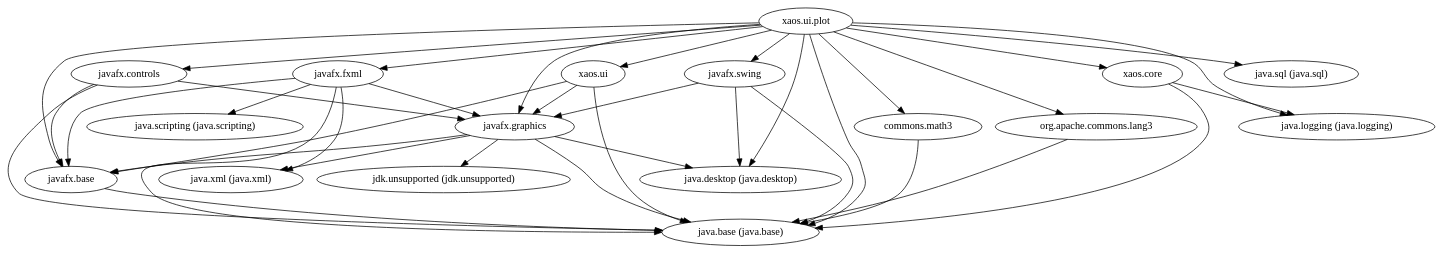
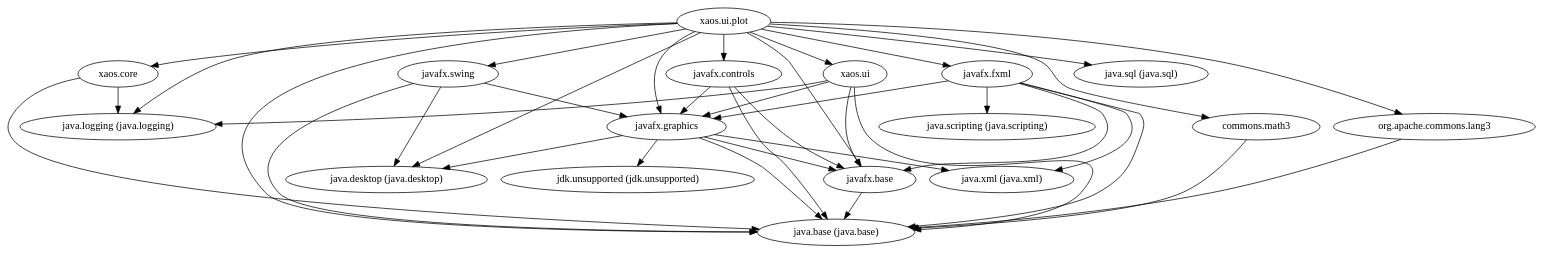
The diagram in xaos.ui.plot.module/doc/module-dependencies.dot (ESSICS/XAOS), drawn with Graphviz before and after one commit. The commit also changed 15 other files, not shown here.

```diff
--- a/xaos.ui.plot.module/doc/module-dependencies.dot
+++ b/xaos.ui.plot.module/doc/module-dependencies.dot
@@ -1,39 +1,40 @@
 digraph "summary" {
   "xaos.core"                                        -> "java.base (java.base)";
   "xaos.core"                                        -> "java.logging (java.logging)";
   "javafx.swing"                                     -> "java.base (java.base)";
   "javafx.swing"                                     -> "java.desktop (java.desktop)";
   "javafx.swing"                                     -> "javafx.graphics";
   "javafx.controls"                                  -> "java.base (java.base)";
   "javafx.controls"                                  -> "javafx.base";
   "javafx.controls"                                  -> "javafx.graphics";
   "xaos.ui"                                          -> "java.base (java.base)";
+  "xaos.ui"                                          -> "java.logging (java.logging)";
   "xaos.ui"                                          -> "javafx.base";
   "xaos.ui"                                          -> "javafx.graphics";
   "javafx.fxml"                                      -> "java.base (java.base)";
   "javafx.fxml"                                      -> "java.scripting (java.scripting)";
   "javafx.fxml"                                      -> "java.xml (java.xml)";
   "javafx.fxml"                                      -> "javafx.base";
   "javafx.fxml"                                      -> "javafx.graphics";
   "xaos.ui.plot"                                     -> "commons.math3";
   "xaos.ui.plot"                                     -> "java.base (java.base)";
   "xaos.ui.plot"                                     -> "java.desktop (java.desktop)";
   "xaos.ui.plot"                                     -> "java.logging (java.logging)";
   "xaos.ui.plot"                                     -> "java.sql (java.sql)";
   "xaos.ui.plot"                                     -> "javafx.base";
   "xaos.ui.plot"                                     -> "javafx.controls";
   "xaos.ui.plot"                                     -> "javafx.fxml";
   "xaos.ui.plot"                                     -> "javafx.graphics";
   "xaos.ui.plot"                                     -> "javafx.swing";
   "xaos.ui.plot"                                     -> "org.apache.commons.lang3";
   "xaos.ui.plot"                                     -> "xaos.core";
   "xaos.ui.plot"                                     -> "xaos.ui";
   "org.apache.commons.lang3"                         -> "java.base (java.base)";
   "javafx.graphics"                                  -> "java.base (java.base)";
   "javafx.graphics"                                  -> "java.desktop (java.desktop)";
   "javafx.graphics"                                  -> "java.xml (java.xml)";
   "javafx.graphics"                                  -> "javafx.base";
   "javafx.graphics"                                  -> "jdk.unsupported (jdk.unsupported)";
   "javafx.base"                                      -> "java.base (java.base)";
   "commons.math3"                                    -> "java.base (java.base)";
 }
```
